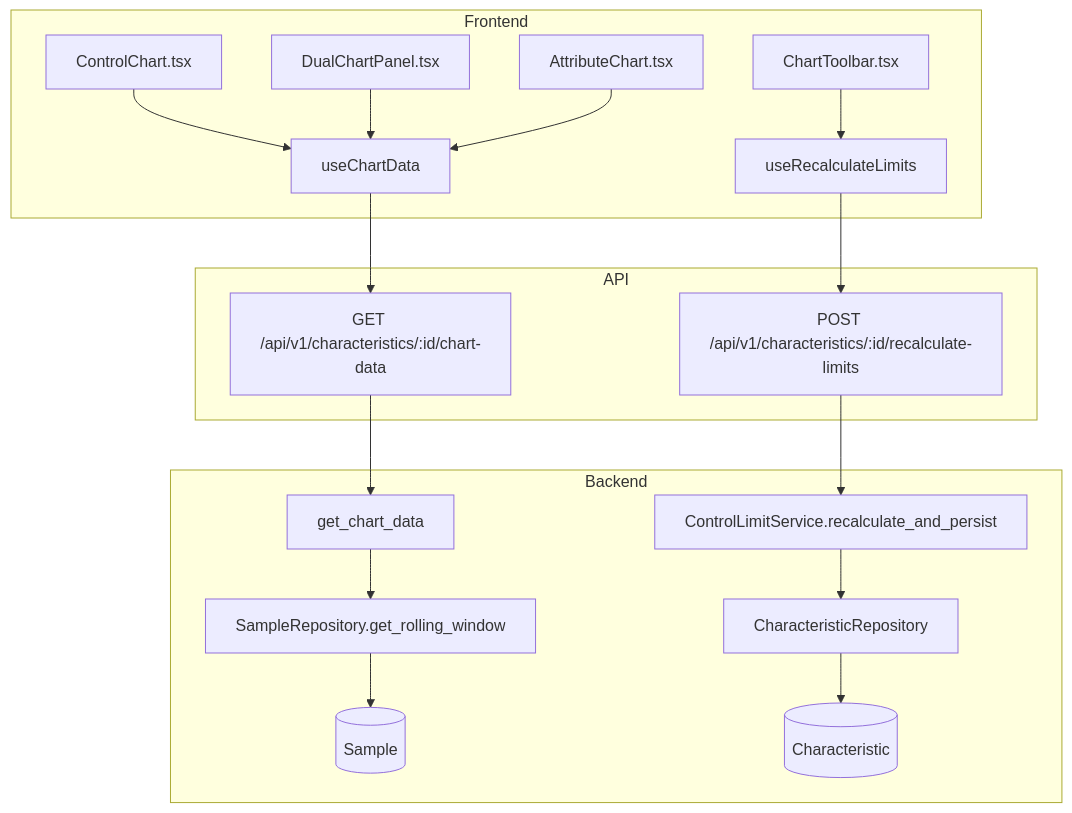
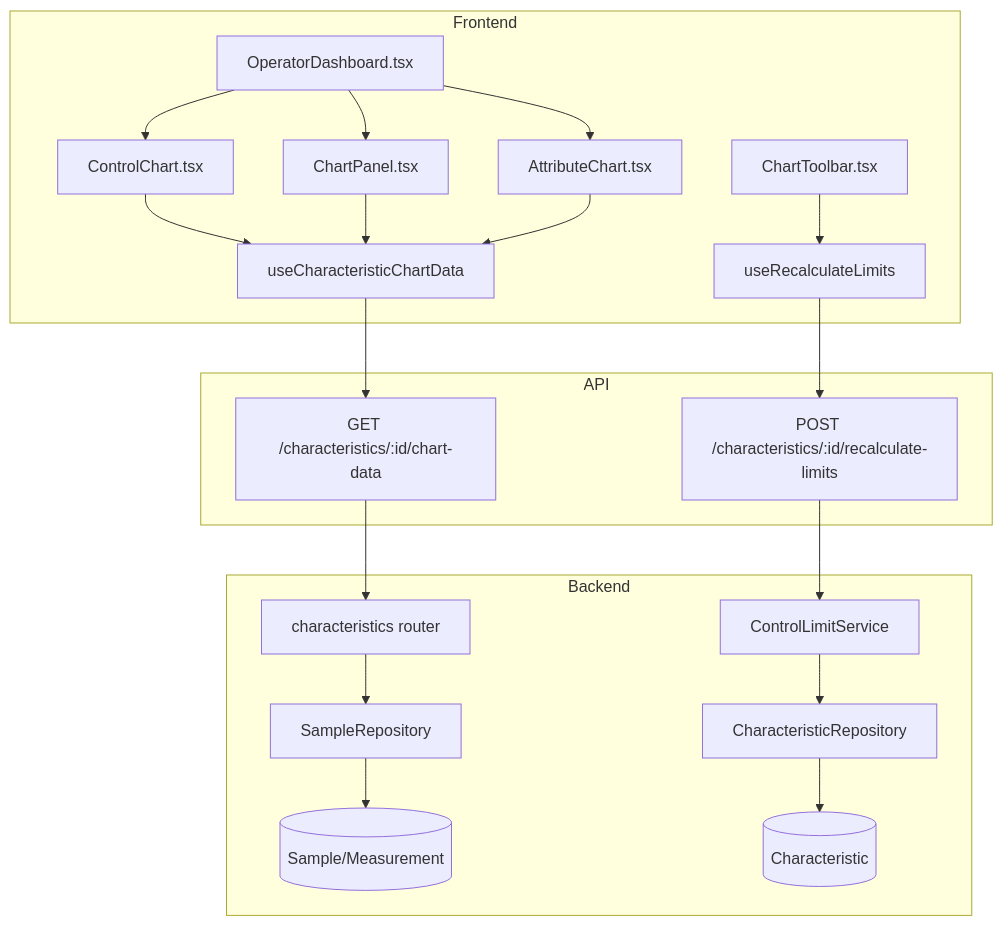
Before and after one commit to saturnis-io/cassini: the first of 2 diagrams in .knowledge/features/spc-engine.md, drawn with Mermaid. The commit also changed other lines of this file and 16 other files, not shown here.

First line of the commit message:
knowledge-graph: regenerate

````diff
--- a/.knowledge/features/spc-engine.md
+++ b/.knowledge/features/spc-engine.md
@@ -5,21 +5,22 @@
 ```mermaid
 flowchart TD
     subgraph Frontend
-        C1[ControlChart.tsx] --> H1[useChartData]
-        C2[DualChartPanel.tsx] --> H1
-        C3[AttributeChart.tsx] --> H1
-        C4[ChartToolbar.tsx] --> H2[useRecalculateLimits]
+        C1[ControlChart.tsx] --> H1[useCharacteristicChartData]
+        C2[ChartPanel.tsx] --> H1
+        C3[ChartToolbar.tsx] --> H2[useRecalculateLimits]
+        C4[AttributeChart.tsx] --> H1
+        C5[OperatorDashboard.tsx] --> C1 & C2 & C4
     end
     subgraph API
-        H1 --> E1[GET /api/v1/characteristics/:id/chart-data]
-        H2 --> E2[POST /api/v1/characteristics/:id/recalculate-limits]
+        H1 --> E1[GET /characteristics/:id/chart-data]
+        H2 --> E2[POST /characteristics/:id/recalculate-limits]
     end
     subgraph Backend
-        E1 --> S1[get_chart_data]
-        S1 --> R1[SampleRepository.get_rolling_window]
-        R1 --> M1[(Sample)]
-        E2 --> S2[ControlLimitService.recalculate_and_persist]
+        E1 --> S1[characteristics router]
+        S1 --> R1[SampleRepository]
+        R1 --> M1[(Sample/Measurement)]
+        E2 --> S2[ControlLimitService]
         S2 --> R2[CharacteristicRepository]
         R2 --> M2[(Characteristic)]
     end
 ```
````
